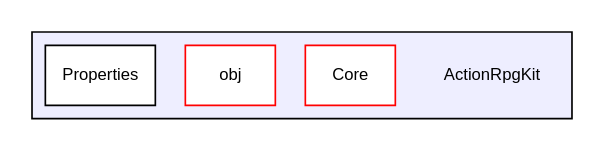
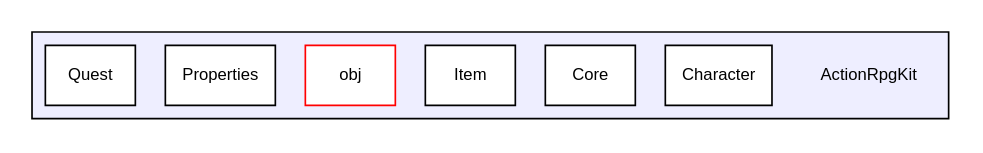
Before and after one commit to PaulSchweizer/ActionRpgKit: the diagram in dir_9ecb837a21b60474ce98456d518a780a_dep.dot, drawn with Graphviz. The commit also changed 848 other files, not shown here.

```diff
--- a/dir_9ecb837a21b60474ce98456d518a780a_dep.dot
+++ b/dir_9ecb837a21b60474ce98456d518a780a_dep.dot
@@ -1,12 +1,15 @@
 digraph "ActionRpgKit" {
   compound=true
   node [ fontsize="10", fontname="Helvetica"];
   edge [ labelfontsize="10", labelfontname="Helvetica"];
   subgraph clusterdir_9ecb837a21b60474ce98456d518a780a {
     graph [ bgcolor="#eeeeff", pencolor="black", label="" URL="dir_9ecb837a21b60474ce98456d518a780a.xhtml"];
     dir_9ecb837a21b60474ce98456d518a780a [shape=plaintext label="ActionRpgKit"];
-    dir_08cc5c503820d31914a2f2729a36eee6 [shape=box label="Core" color="red" fillcolor="white" style="filled" URL="dir_08cc5c503820d31914a2f2729a36eee6.xhtml"];
+    dir_5b63fb5974cb1ed5868418ec510a1c8d [shape=box label="Character" color="black" fillcolor="white" style="filled" URL="dir_5b63fb5974cb1ed5868418ec510a1c8d.xhtml"];
+    dir_08cc5c503820d31914a2f2729a36eee6 [shape=box label="Core" color="black" fillcolor="white" style="filled" URL="dir_08cc5c503820d31914a2f2729a36eee6.xhtml"];
+    dir_82f1619cc2cd5b1e15ccb552710268a6 [shape=box label="Item" color="black" fillcolor="white" style="filled" URL="dir_82f1619cc2cd5b1e15ccb552710268a6.xhtml"];
     dir_8aced4f5cb2570e3fc4d1c2659f00981 [shape=box label="obj" color="red" fillcolor="white" style="filled" URL="dir_8aced4f5cb2570e3fc4d1c2659f00981.xhtml"];
     dir_9dd54d8903da8692d636818bcc9c555e [shape=box label="Properties" color="black" fillcolor="white" style="filled" URL="dir_9dd54d8903da8692d636818bcc9c555e.xhtml"];
+    dir_c58d8a8f3f25f68c8841910dbe899a39 [shape=box label="Quest" color="black" fillcolor="white" style="filled" URL="dir_c58d8a8f3f25f68c8841910dbe899a39.xhtml"];
   }
 }
```
